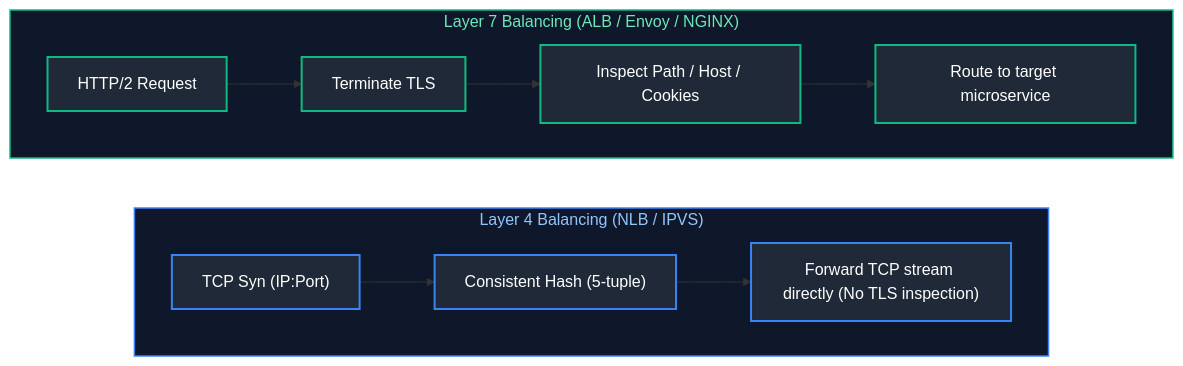
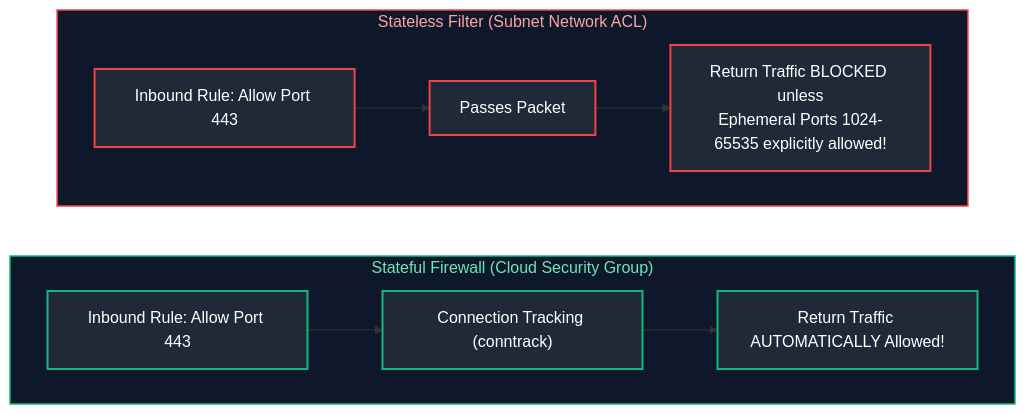
One commit to joydeep-biswas/Interview-Preparation changed diagram 12 of 13 in Cloud Engineering/02_networking_fundamentals.md. Above: the diagram before and after it, drawn with Mermaid. The commit also changed other lines of this file and 143 other files, not shown here.

````diff
--- a/Cloud Engineering/02_networking_fundamentals.md
+++ b/Cloud Engineering/02_networking_fundamentals.md
@@ -352,25 +662,23 @@
 ```mermaid
 flowchart LR
-    subgraph L4 ["Layer 4 Balancing (NLB / IPVS)"]
+    subgraph Stateful ["Stateful Firewall (Cloud Security Group)"]
         direction LR
-        PacketIn["TCP Syn (IP:Port)"] --> Hash["Consistent Hash (5-tuple)"]
-        Hash --> Forward["Forward TCP stream directly (No TLS inspection)"]
+        SGIn["Inbound Rule: Allow Port 443"] --> Track["Connection Tracking (conntrack)"]
+        Track --> SGOut["Return Traffic AUTOMATICALLY Allowed!"]
     end
 
-    subgraph L7 ["Layer 7 Balancing (ALB / Envoy / NGINX)"]
+    subgraph Stateless ["Stateless Filter (Subnet Network ACL)"]
         direction LR
-        ReqIn["HTTP/2 Request"] --> TLS["Terminate TLS"]
-        TLS --> HeaderParse["Inspect Path / Host / Cookies"]
-        HeaderParse --> Upstream["Route to target microservice"]
+        NACLIn["Inbound Rule: Allow Port 443"] --> NACLPass["Passes Packet"]
+        NACLPass --> NACLOut["Return Traffic BLOCKED unless<br/>Ephemeral Ports 1024-65535 explicitly allowed!"]
     end
 
-    style L4 fill:#0f172a,stroke:#3b82f6,stroke-width:1.5px,color:#93c5fd
-    style L7 fill:#0f172a,stroke:#10b981,stroke-width:1.5px,color:#6ee7b7
-    style PacketIn fill:#1f2937,stroke:#3b82f6,stroke-width:2px,color:#fff
-    style Hash fill:#1f2937,stroke:#3b82f6,stroke-width:2px,color:#fff
-    style Forward fill:#1f2937,stroke:#3b82f6,stroke-width:2px,color:#fff
-    style ReqIn fill:#1f2937,stroke:#10b981,stroke-width:2px,color:#fff
-    style TLS fill:#1f2937,stroke:#10b981,stroke-width:2px,color:#fff
-    style HeaderParse fill:#1f2937,stroke:#10b981,stroke-width:2px,color:#fff
-    style Upstream fill:#1f2937,stroke:#10b981,stroke-width:2px,color:#fff
+    style Stateful fill:#0f172a,stroke:#10b981,stroke-width:1.5px,color:#6ee7b7
+    style Stateless fill:#0f172a,stroke:#ef4444,stroke-width:1.5px,color:#fca5a5
+    style SGIn fill:#1f2937,stroke:#10b981,stroke-width:2px,color:#fff
+    style Track fill:#1f2937,stroke:#10b981,stroke-width:2px,color:#fff
+    style SGOut fill:#1f2937,stroke:#10b981,stroke-width:2px,color:#fff
+    style NACLIn fill:#1f2937,stroke:#ef4444,stroke-width:2px,color:#fff
+    style NACLPass fill:#1f2937,stroke:#ef4444,stroke-width:2px,color:#fff
+    style NACLOut fill:#1f2937,stroke:#ef4444,stroke-width:2px,color:#fff
 ```
````
